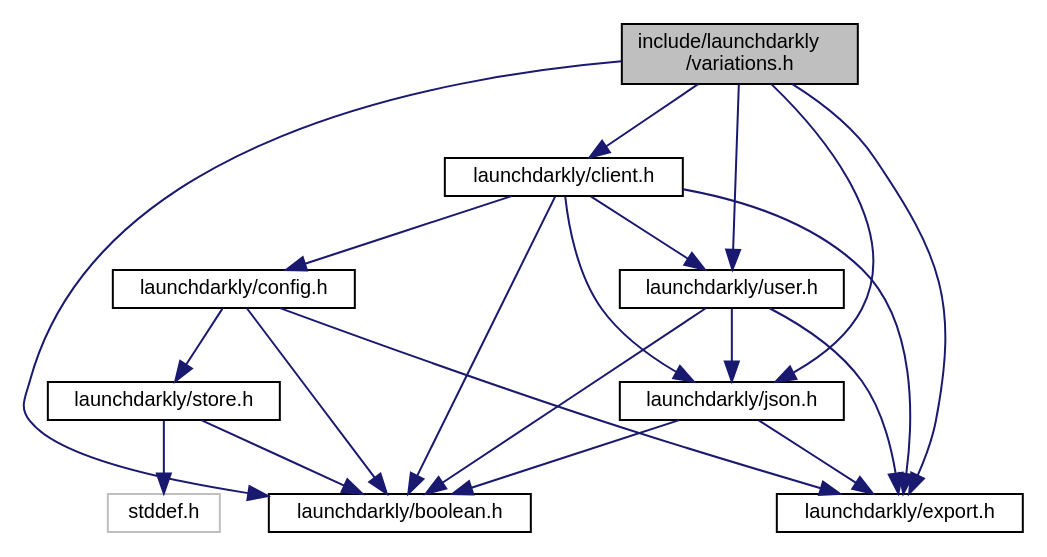
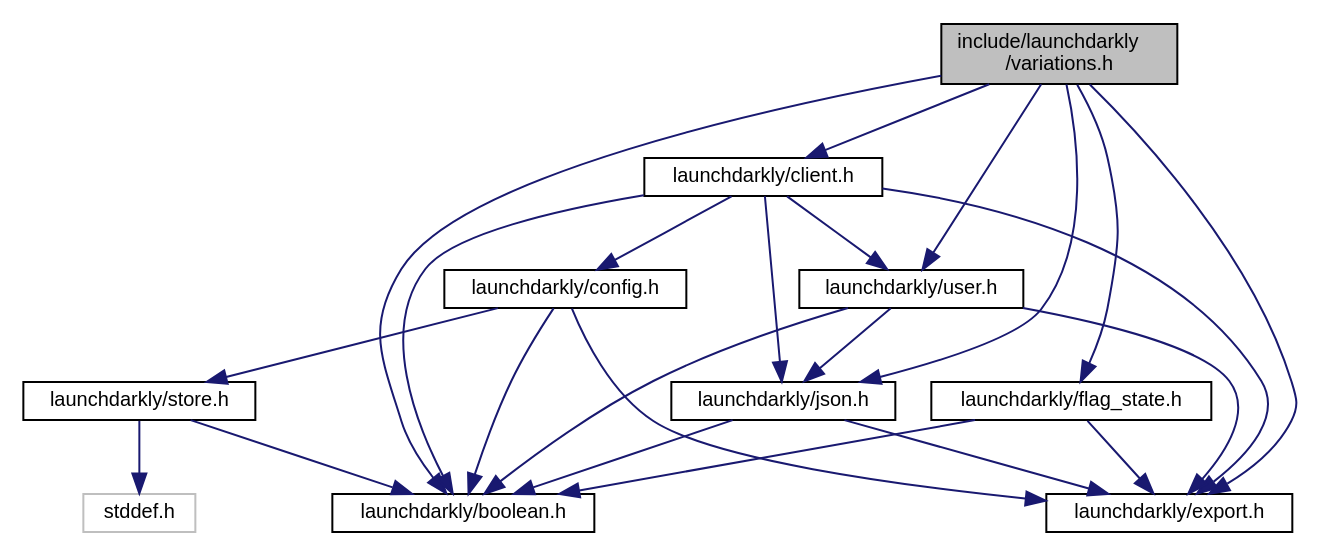
The diagram in variations_8h__incl.dot (launchdarkly/c-server-sdk), drawn with Graphviz before and after one commit. The commit also changed 55 other files, not shown here.

```diff
--- a/variations_8h__incl.dot
+++ b/variations_8h__incl.dot
@@ -1,34 +1,38 @@
 digraph "include/launchdarkly/variations.h"
 {
   edge [fontname="Helvetica",fontsize="10",labelfontname="Helvetica",labelfontsize="10"];
   node [fontname="Helvetica",fontsize="10",shape=record];
   Node0 [label="include/launchdarkly\l/variations.h",height=0.2,width=0.4,color="black", fillcolor="grey75", style="filled", fontcolor="black"];
   Node0 -> Node1 [color="midnightblue",fontsize="10",style="solid",fontname="Helvetica"];
   Node1 [label="launchdarkly/boolean.h",height=0.2,width=0.4,color="black", fillcolor="white", style="filled",URL="$boolean_8h.html",tooltip="A custom c89 boolean type. "];
   Node0 -> Node2 [color="midnightblue",fontsize="10",style="solid",fontname="Helvetica"];
   Node2 [label="launchdarkly/client.h",height=0.2,width=0.4,color="black", fillcolor="white", style="filled",URL="$client_8h.html",tooltip="Public API for Client operations. "];
   Node2 -> Node1 [color="midnightblue",fontsize="10",style="solid",fontname="Helvetica"];
   Node2 -> Node3 [color="midnightblue",fontsize="10",style="solid",fontname="Helvetica"];
   Node3 [label="launchdarkly/config.h",height=0.2,width=0.4,color="black", fillcolor="white", style="filled",URL="$config_8h.html",tooltip="Public API for Configuration. "];
   Node3 -> Node1 [color="midnightblue",fontsize="10",style="solid",fontname="Helvetica"];
   Node3 -> Node4 [color="midnightblue",fontsize="10",style="solid",fontname="Helvetica"];
   Node4 [label="launchdarkly/export.h",height=0.2,width=0.4,color="black", fillcolor="white", style="filled",URL="$export_8h.html",tooltip="Public. Configuration of exported symbols. "];
   Node3 -> Node5 [color="midnightblue",fontsize="10",style="solid",fontname="Helvetica"];
   Node5 [label="launchdarkly/store.h",height=0.2,width=0.4,color="black", fillcolor="white", style="filled",URL="$store_8h.html",tooltip="Public API for Store implementations. "];
   Node5 -> Node6 [color="midnightblue",fontsize="10",style="solid",fontname="Helvetica"];
   Node6 [label="stddef.h",height=0.2,width=0.4,color="grey75", fillcolor="white", style="filled"];
   Node5 -> Node1 [color="midnightblue",fontsize="10",style="solid",fontname="Helvetica"];
   Node2 -> Node4 [color="midnightblue",fontsize="10",style="solid",fontname="Helvetica"];
   Node2 -> Node7 [color="midnightblue",fontsize="10",style="solid",fontname="Helvetica"];
   Node7 [label="launchdarkly/json.h",height=0.2,width=0.4,color="black", fillcolor="white", style="filled",URL="$json_8h.html",tooltip="Public API for JSON usage. "];
   Node7 -> Node1 [color="midnightblue",fontsize="10",style="solid",fontname="Helvetica"];
   Node7 -> Node4 [color="midnightblue",fontsize="10",style="solid",fontname="Helvetica"];
   Node2 -> Node8 [color="midnightblue",fontsize="10",style="solid",fontname="Helvetica"];
   Node8 [label="launchdarkly/user.h",height=0.2,width=0.4,color="black", fillcolor="white", style="filled",URL="$user_8h.html",tooltip="Public API for User construction. "];
   Node8 -> Node1 [color="midnightblue",fontsize="10",style="solid",fontname="Helvetica"];
   Node8 -> Node4 [color="midnightblue",fontsize="10",style="solid",fontname="Helvetica"];
   Node8 -> Node7 [color="midnightblue",fontsize="10",style="solid",fontname="Helvetica"];
   Node0 -> Node4 [color="midnightblue",fontsize="10",style="solid",fontname="Helvetica"];
   Node0 -> Node7 [color="midnightblue",fontsize="10",style="solid",fontname="Helvetica"];
   Node0 -> Node8 [color="midnightblue",fontsize="10",style="solid",fontname="Helvetica"];
+  Node0 -> Node9 [color="midnightblue",fontsize="10",style="solid",fontname="Helvetica"];
+  Node9 [label="launchdarkly/flag_state.h",height=0.2,width=0.4,color="black", fillcolor="white", style="filled",URL="$flag__state_8h.html",tooltip="Public API associated with LDAllFlagsState. "];
+  Node9 -> Node1 [color="midnightblue",fontsize="10",style="solid",fontname="Helvetica"];
+  Node9 -> Node4 [color="midnightblue",fontsize="10",style="solid",fontname="Helvetica"];
 }
```
